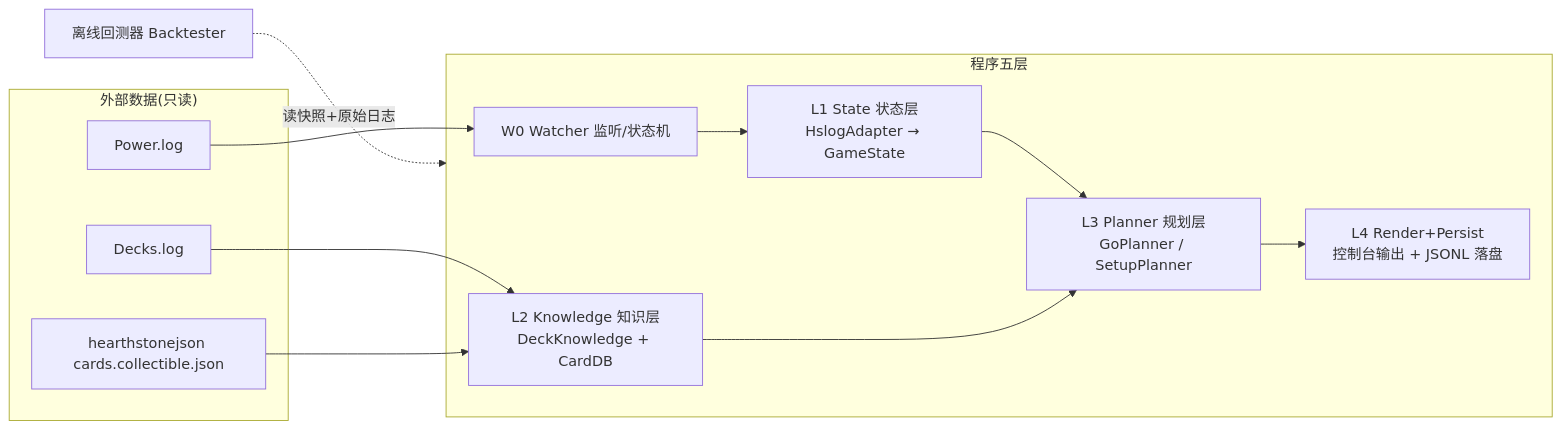
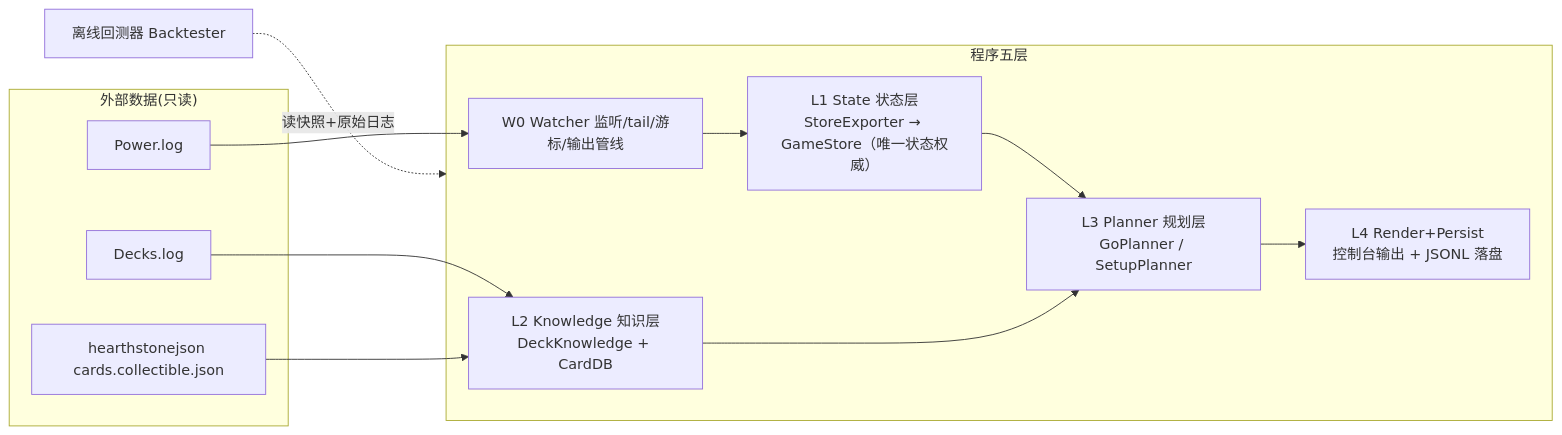
One commit to AssassinQuin/hs_game_bot changed the first of 4 diagrams in docs/DESIGN.md. Above: the diagram before and after it, drawn with Mermaid. The commit also changed other lines of this file, not shown here.

Commit message:
docs: DESIGN.md §2/§4.2/§5 陈旧架构措辞同步(GameStore/StoreExporter)

````diff
--- a/docs/DESIGN.md
+++ b/docs/DESIGN.md
@@ -30,25 +30,25 @@
 ```mermaid
 flowchart LR
     subgraph 源头["外部数据(只读)"]
         P[Power.log]
         D[Decks.log]
         H[hearthstonejson cards.collectible.json]
     end
 
     subgraph 核心["程序五层"]
-        W[W0 Watcher 监听/状态机]
-        A[L1 State 状态层<br/>HslogAdapter → GameState]
+        W[W0 Watcher 监听/tail/游标/输出管线]
+        A[L1 State 状态层<br/>StoreExporter → GameStore（唯一状态权威）]
         K[L2 Knowledge 知识层<br/>DeckKnowledge + CardDB]
         PL[L3 Planner 规划层<br/>GoPlanner / SetupPlanner]
         R[L4 Render+Persist<br/>控制台输出 + JSONL 落盘]
     end
 
     BT[离线回测器 Backtester] -.读快照+原始日志.-> 核心
 
     P --> W --> A
     D --> K
     H --> K
     A --> PL
     K --> PL
     PL --> R
 ```
````
